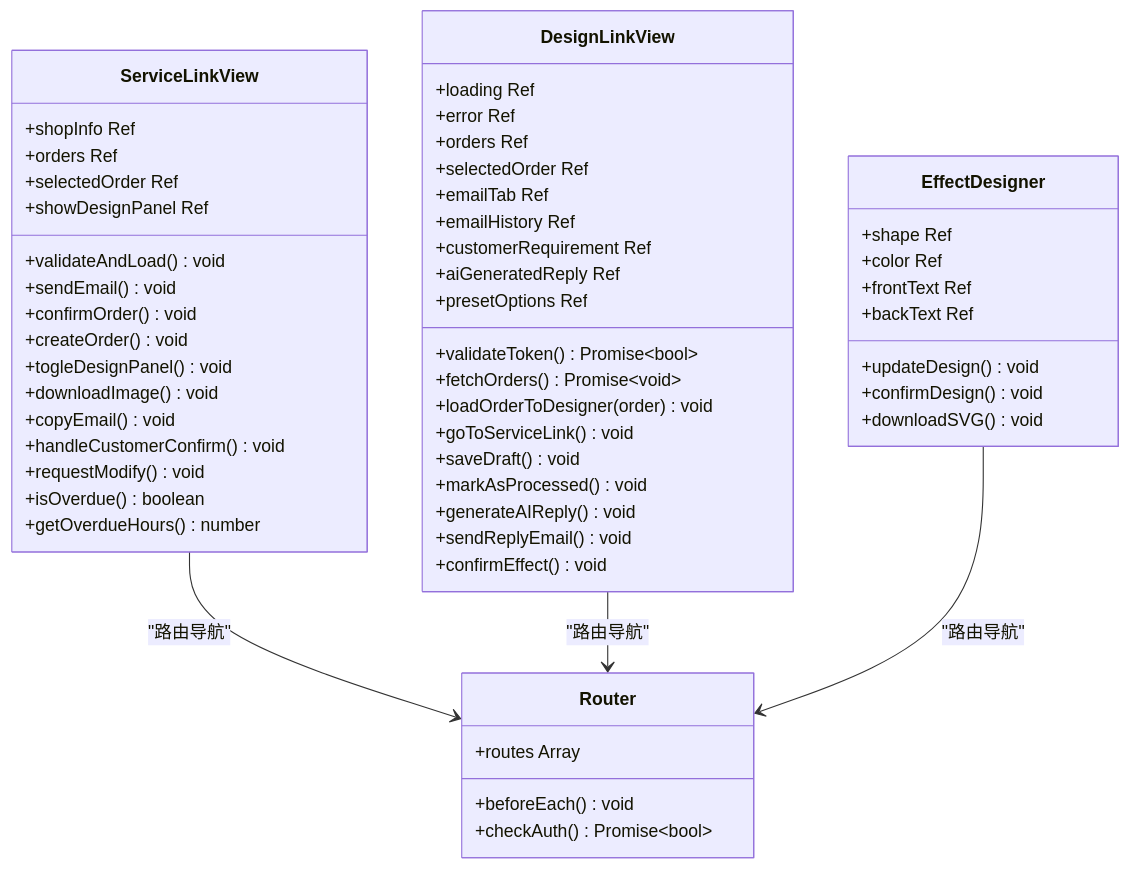
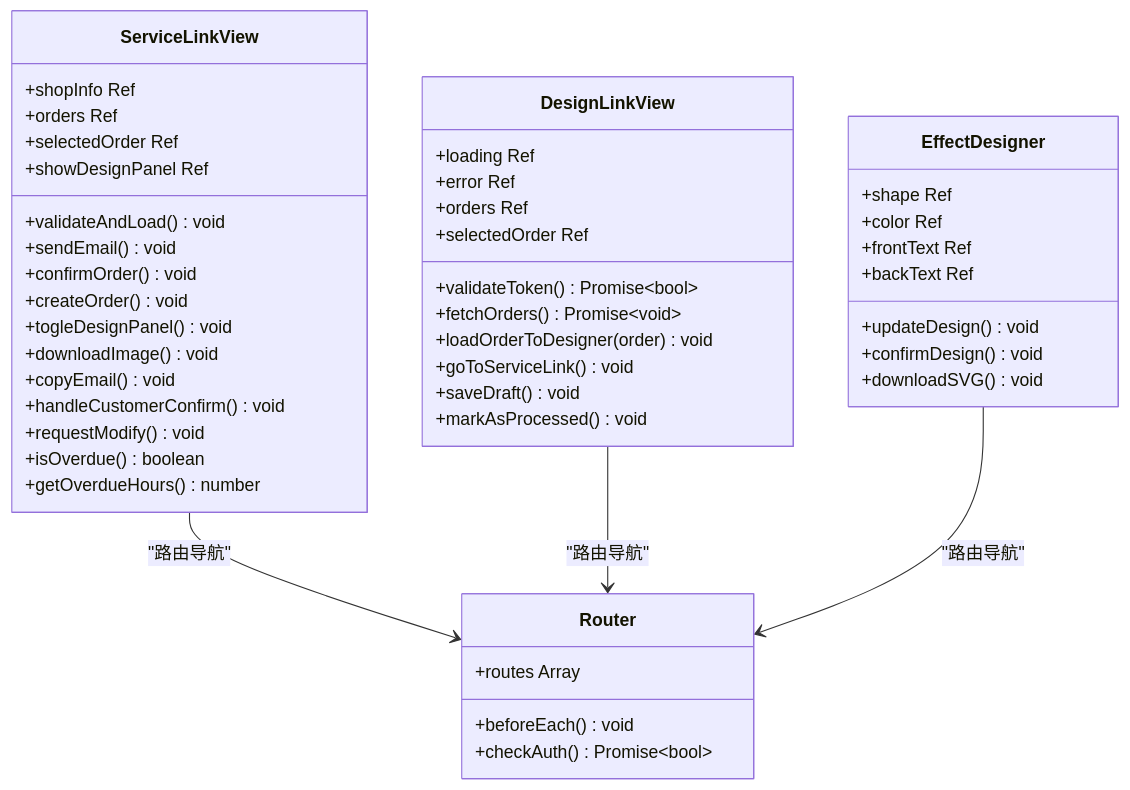
Before and after one commit to SY6621/POD-Order-Management: the third of 12 diagrams in .qoder/repowiki/zh/content/开发指南/客服外链双链接系统.md, drawn with Mermaid. The commit also changed other lines of this file and 7 other files, not shown here.

````diff
--- a/.qoder/repowiki/zh/content/开发指南/客服外链双链接系统.md
+++ b/.qoder/repowiki/zh/content/开发指南/客服外链双链接系统.md
@@ -200,57 +186,49 @@
 ```mermaid
 classDiagram
 class ServiceLinkView {
 +shopInfo Ref
 +orders Ref
 +selectedOrder Ref
 +validateAndLoad() void
 +sendEmail() void
 +confirmOrder() void
 +createOrder() void
 +showDesignPanel Ref
 +togleDesignPanel() void
 +downloadImage() void
 +copyEmail() void
 +handleCustomerConfirm() void
 +requestModify() void
 +isOverdue() boolean
 +getOverdueHours() number
 }
 class DesignLinkView {
 +loading Ref
 +error Ref
 +orders Ref
 +selectedOrder Ref
 +validateToken() Promise~bool~
 +fetchOrders() Promise~void~
 +loadOrderToDesigner(order) void
 +goToServiceLink() void
 +saveDraft() void
 +markAsProcessed() void
-+emailTab Ref
-+emailHistory Ref
-+customerRequirement Ref
-+aiGeneratedReply Ref
-+presetOptions Ref
-+generateAIReply() void
-+sendReplyEmail() void
-+confirmEffect() void
 }
 class EffectDesigner {
 +shape Ref
 +color Ref
 +frontText Ref
 +backText Ref
 +updateDesign() void
 +confirmDesign() void
 +downloadSVG() void
 }
 class Router {
 +routes Array
 +beforeEach() void
 +checkAuth() Promise~bool~
 }
 ServiceLinkView --> Router : "路由导航"
 DesignLinkView --> Router : "路由导航"
 EffectDesigner --> Router : "路由导航"
 ```
````
